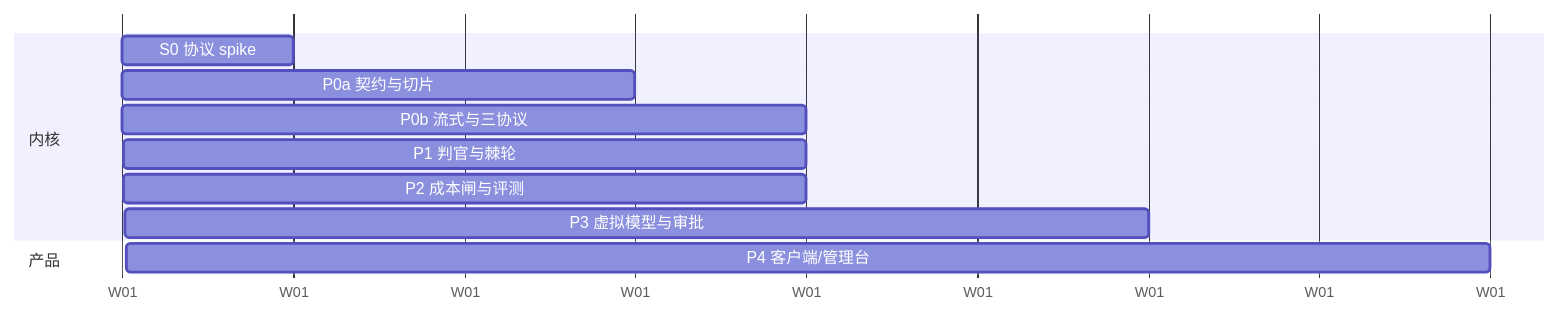
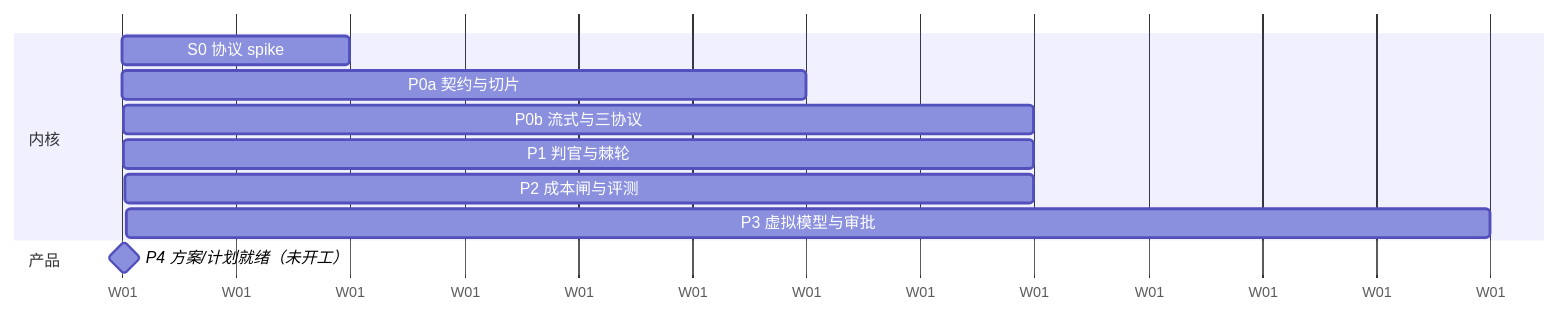
One commit to szStarWave/token-router changed the diagram in docs/rewrite-v2-implementation-plan.zh.md. Above: the diagram before and after it, drawn with Mermaid. The commit also changed other lines of this file and 34 other files, not shown here.

````diff
--- a/docs/rewrite-v2-implementation-plan.zh.md
+++ b/docs/rewrite-v2-implementation-plan.zh.md
@@ -67,14 +67,14 @@
 ```mermaid
 gantt
     dateFormat  X
     axisFormat  W%d
     section 内核
     S0 协议 spike        :s0, 0, 1
     P0a 契约与切片        :p0a, 1, 3
     P0b 流式与三协议      :p0b, 4, 4
     P1 判官与棘轮         :p1, 8, 4
     P2 成本闸与评测       :p2, 12, 4
     P3 虚拟模型与审批     :p3, 16, 6
     section 产品
-    P4 客户端/管理台      :p4, 22, 8
+    P4 方案/计划就绪（未开工） :milestone, p4, 22, 0
 ```
````
